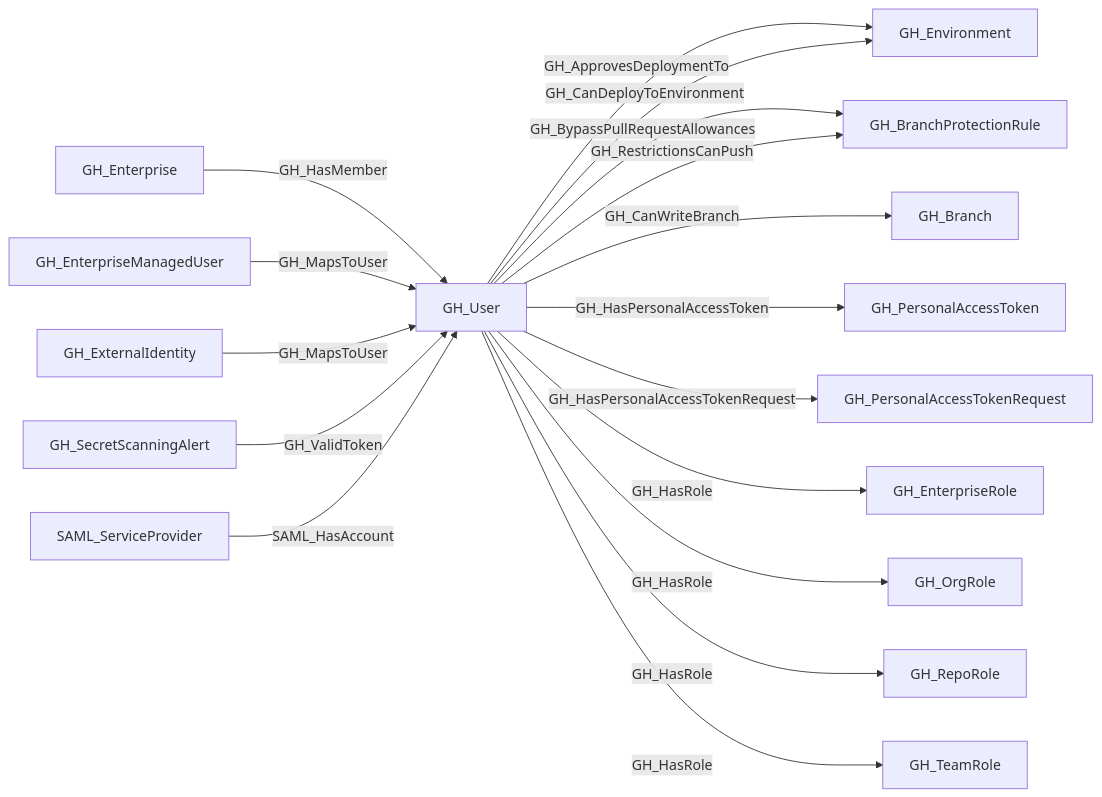
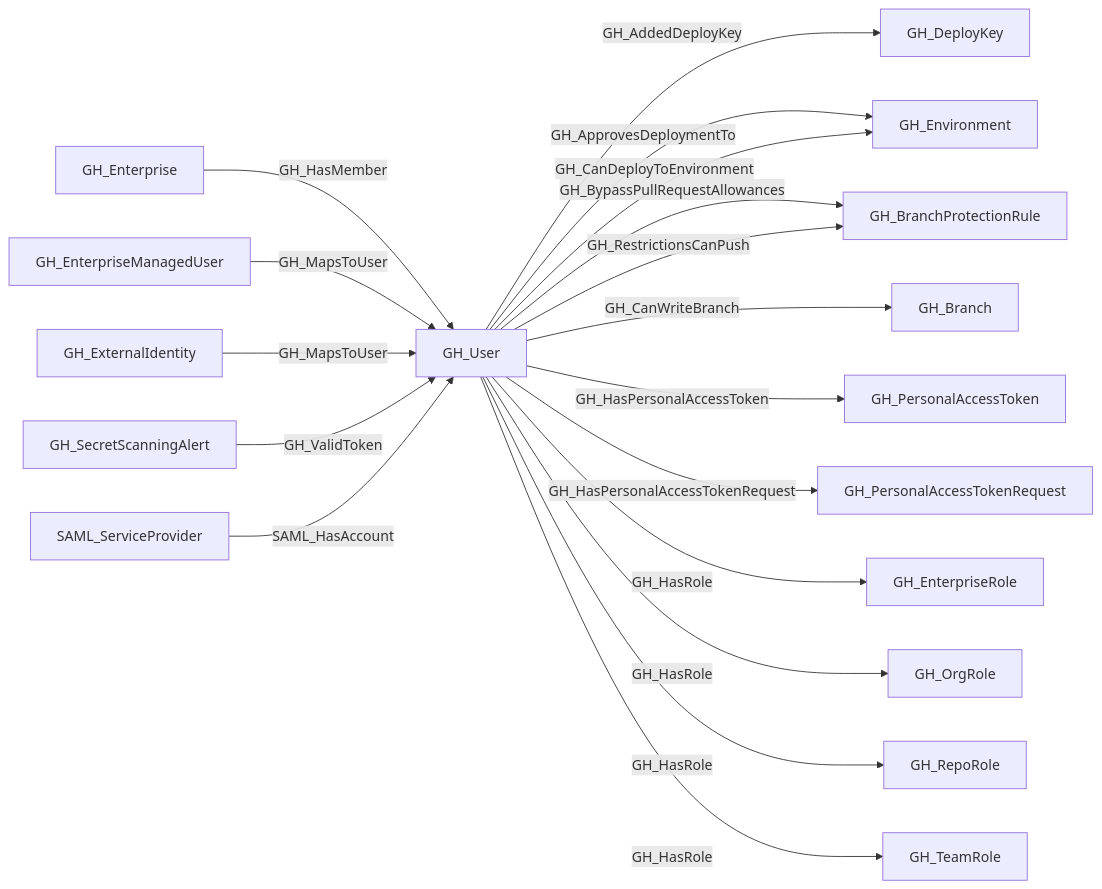
One commit to SpecterOps/bloodhound-docs changed the second of 2 diagrams in docs/opengraph/extensions/github/nodes/gh_user.mdx. Above: the diagram before and after it, drawn with Mermaid. The commit also changed other lines of this file and 33 other files, not shown here.

````diff
--- a/docs/opengraph/extensions/github/nodes/gh_user.mdx
+++ b/docs/opengraph/extensions/github/nodes/gh_user.mdx
@@ -75,35 +77,37 @@
 ```mermaid
 flowchart LR
 
     GH_Branch["GH_Branch"]
     GH_BranchProtectionRule["GH_BranchProtectionRule"]
+    GH_DeployKey["GH_DeployKey"]
     GH_Enterprise["GH_Enterprise"]
     GH_EnterpriseManagedUser["GH_EnterpriseManagedUser"]
     GH_EnterpriseRole["GH_EnterpriseRole"]
     GH_Environment["GH_Environment"]
     GH_ExternalIdentity["GH_ExternalIdentity"]
     GH_OrgRole["GH_OrgRole"]
     GH_PersonalAccessToken["GH_PersonalAccessToken"]
     GH_PersonalAccessTokenRequest["GH_PersonalAccessTokenRequest"]
     GH_RepoRole["GH_RepoRole"]
     GH_SecretScanningAlert["GH_SecretScanningAlert"]
     GH_TeamRole["GH_TeamRole"]
     GH_User["GH_User"]
     SAML_ServiceProvider["SAML_ServiceProvider"]
     GH_Enterprise -- GH_HasMember --> GH_User
     GH_EnterpriseManagedUser -- GH_MapsToUser --> GH_User
     GH_ExternalIdentity -- GH_MapsToUser --> GH_User
     GH_SecretScanningAlert -- GH_ValidToken --> GH_User
+    GH_User -- GH_AddedDeployKey --> GH_DeployKey
     GH_User -- GH_ApprovesDeploymentTo --> GH_Environment
     GH_User -- GH_BypassPullRequestAllowances --> GH_BranchProtectionRule
     GH_User -- GH_CanDeployToEnvironment --> GH_Environment
     GH_User -- GH_CanWriteBranch --> GH_Branch
     GH_User -- GH_HasPersonalAccessToken --> GH_PersonalAccessToken
     GH_User -- GH_HasPersonalAccessTokenRequest --> GH_PersonalAccessTokenRequest
     GH_User -- GH_HasRole --> GH_EnterpriseRole
     GH_User -- GH_HasRole --> GH_OrgRole
     GH_User -- GH_HasRole --> GH_RepoRole
     GH_User -- GH_HasRole --> GH_TeamRole
     GH_User -- GH_RestrictionsCanPush --> GH_BranchProtectionRule
     SAML_ServiceProvider -- SAML_HasAccount --> GH_User
 ```
````
